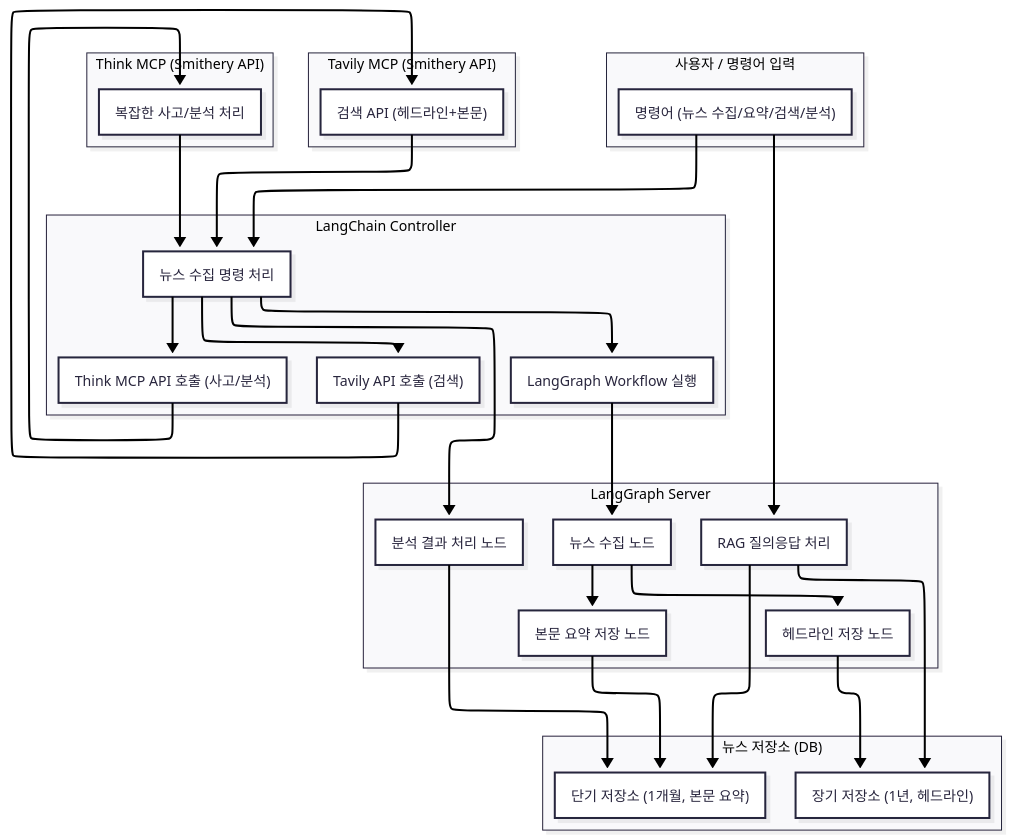
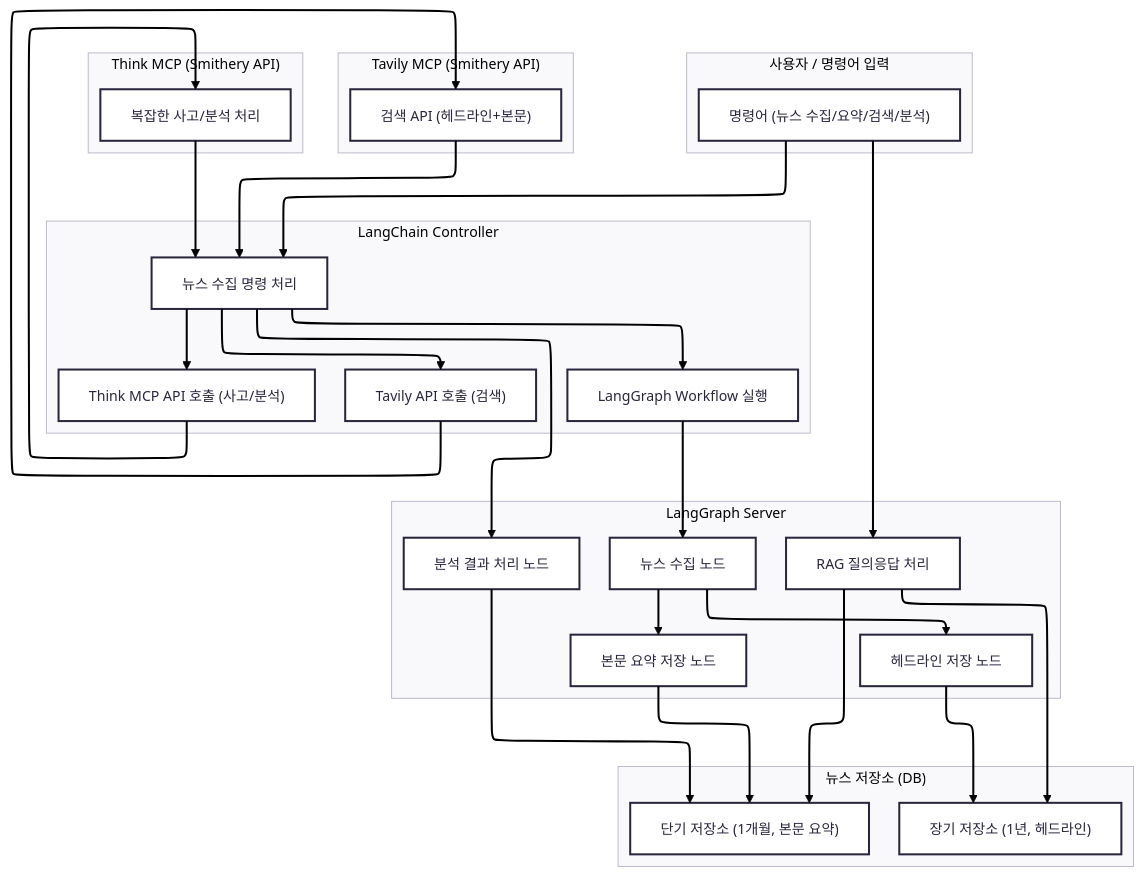
One commit to Daewon-0/portfolio changed the diagram in README.md. Above: the diagram before and after it, drawn with Mermaid.

Commit message:
README.md의 아키텍처 다이어그램 초기화 설정 수정

````diff
--- a/README.md
+++ b/README.md
@@ -13,47 +13,42 @@
 ```mermaid
----
-config:
-  layout: elk
-  theme: redux
-  look: neo
----
+%%{init: { "theme": "redux", "flowchart": {"defaultRenderer": "elk"} } }%%
 flowchart TD
  subgraph User["사용자 / 명령어 입력"]
         A1["명령어 (뉴스 수집/요약/검색/분석)"]
   end
  subgraph LangChain["LangChain Controller"]
         L1["뉴스 수집 명령 처리"]
         L2["Tavily API 호출 (검색)"]
         L3["Think MCP API 호출 (사고/분석)"]
         L4["LangGraph Workflow 실행"]
   end
  subgraph TavilyMCP["Tavily MCP (Smithery API)"]
         T1["검색 API (헤드라인+본문)"]
   end
  subgraph ThinkMCP["Think MCP (Smithery API)"]
         P1["복잡한 사고/분석 처리"]
   end
  subgraph LangGraph["LangGraph Server"]
         G1["뉴스 수집 노드"]
         G2["헤드라인 저장 노드"]
         G3["본문 요약 저장 노드"]
         G4["RAG 질의응답 처리"]
         G5["분석 결과 처리 노드"]
   end
  subgraph Storage["뉴스 저장소 (DB)"]
         S1["장기 저장소 (1년, 헤드라인)"]
         S2["단기 저장소 (1개월, 본문 요약)"]
   end
     A1 --> L1 & G4
     L1 --> L2 & L3 & L4 & G5
     L2 --> T1
     T1 --> L1
     L3 --> P1
     P1 --> L1
     L4 --> G1
     G1 --> G2 & G3
     G2 --> S1
     G3 --> S2
     G4 --> S1 & S2
     G5 --> S2
 ```
````
